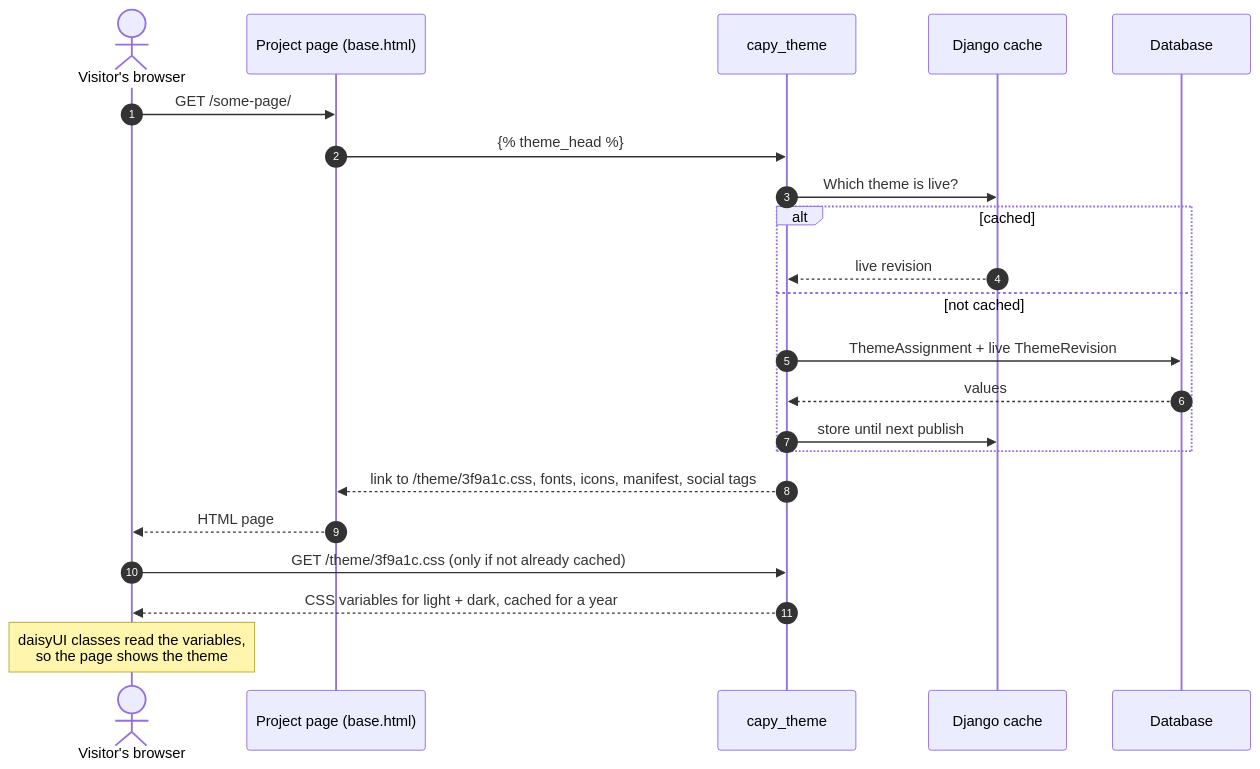
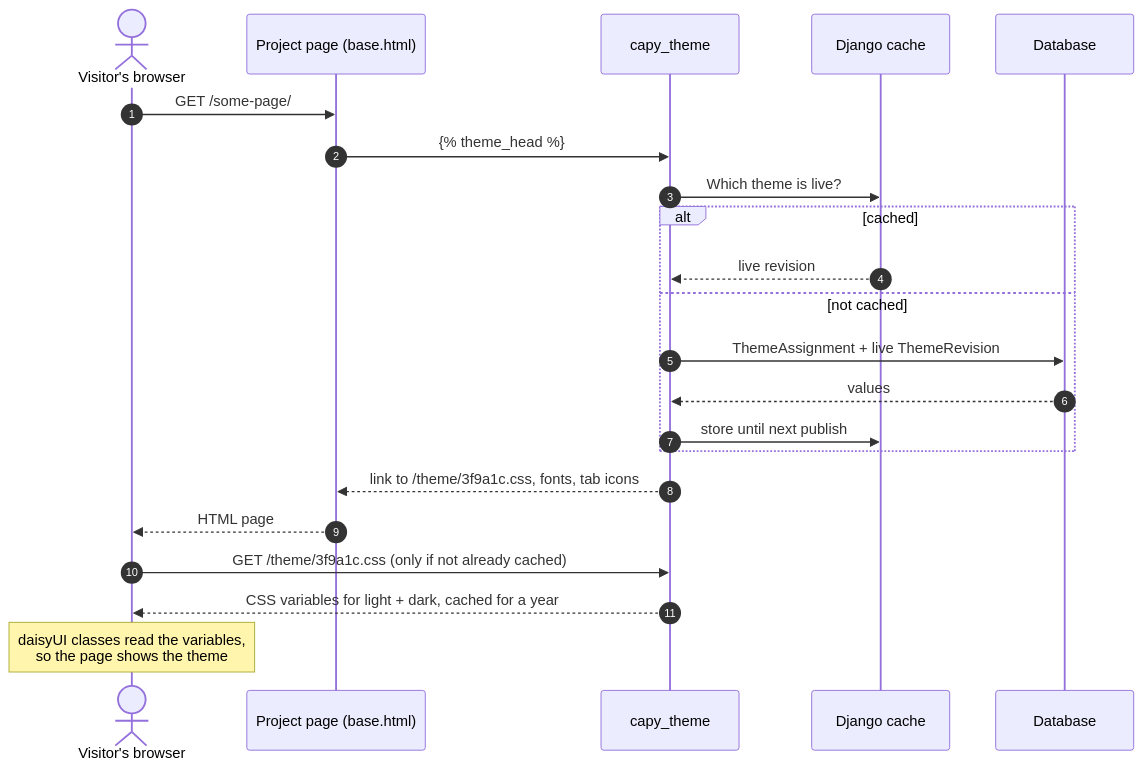
One commit to Just-Sean/capy-theme changed the first of 3 diagrams in docs/PLAN.md. Above: the diagram before and after it, drawn with Mermaid. The commit also changed other lines of this file and 23 other files, not shown here.

````diff
--- a/docs/PLAN.md
+++ b/docs/PLAN.md
@@ -93,24 +95,24 @@
 ```mermaid
 sequenceDiagram
     autonumber
     actor V as Visitor's browser
     participant P as Project page (base.html)
     participant T as capy_theme
     participant C as Django cache
     participant D as Database
     V->>P: GET /some-page/
     P->>T: {% theme_head %}
     T->>C: Which theme is live?
     alt cached
         C-->>T: live revision
     else not cached
         T->>D: ThemeAssignment + live ThemeRevision
         D-->>T: values
         T->>C: store until next publish
     end
-    T-->>P: link to /theme/3f9a1c.css, fonts, icons, manifest, social tags
+    T-->>P: link to /theme/3f9a1c.css, fonts, tab icons
     P-->>V: HTML page
     V->>T: GET /theme/3f9a1c.css (only if not already cached)
     T-->>V: CSS variables for light + dark, cached for a year
     Note over V: daisyUI classes read the variables,<br/>so the page shows the theme
 ```
````
